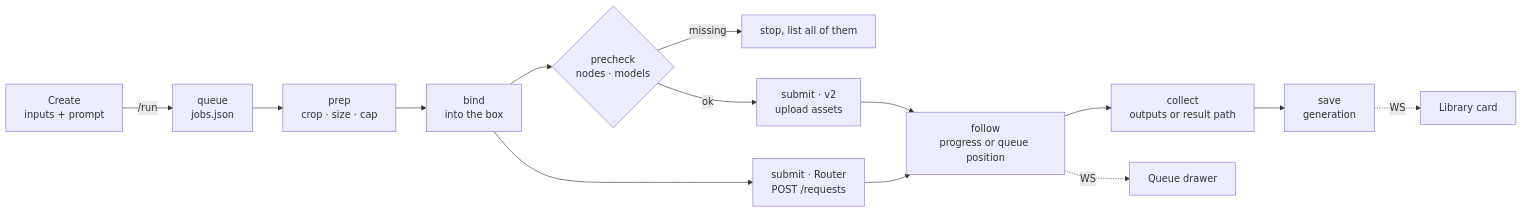
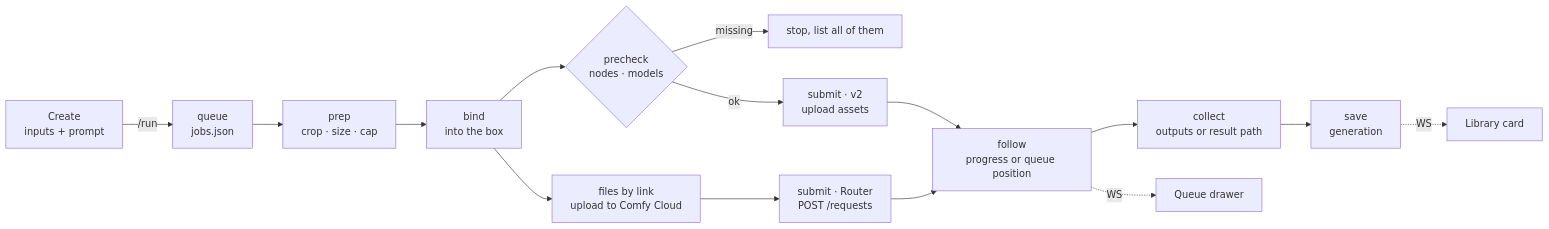
One commit to GETHUK-BIGEMPEROR/OpenIllusion changed the fourth of 5 diagrams in README.md. Above: the diagram before and after it, drawn with Mermaid. The commit also changed other lines of this file and 44 other files, not shown here.

````diff
--- a/README.md
+++ b/README.md
@@ -154,16 +289,17 @@
 ```mermaid
 flowchart LR
   A["Create<br/>inputs + prompt"] -- "/run" --> Q["queue<br/>jobs.json"]
   Q --> PR["prep<br/>crop · size · cap"]
   PR --> BI["bind<br/>into the box"]
   BI --> LC{"precheck<br/>nodes · models"}
   LC -- missing --> X["stop, list all of them"]
   LC -- ok --> LS["submit · v2<br/>upload assets"]
-  BI --> CS["submit · Router<br/>POST /requests"]
+  BI --> UP["files by link<br/>upload to Comfy Cloud"]
+  UP --> CS["submit · Router<br/>POST /requests"]
   LS --> F["follow<br/>progress or queue position"]
   CS --> F
   F --> CO["collect<br/>outputs or result path"]
   CO --> SV["save<br/>generation"]
   SV -. WS .-> LIB["Library card"]
   F -. WS .-> QU["Queue drawer"]
 ```
````
